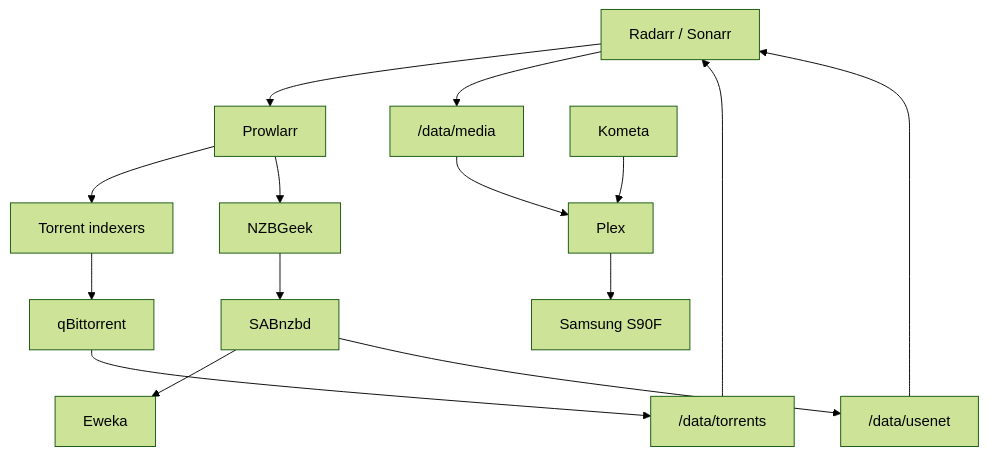
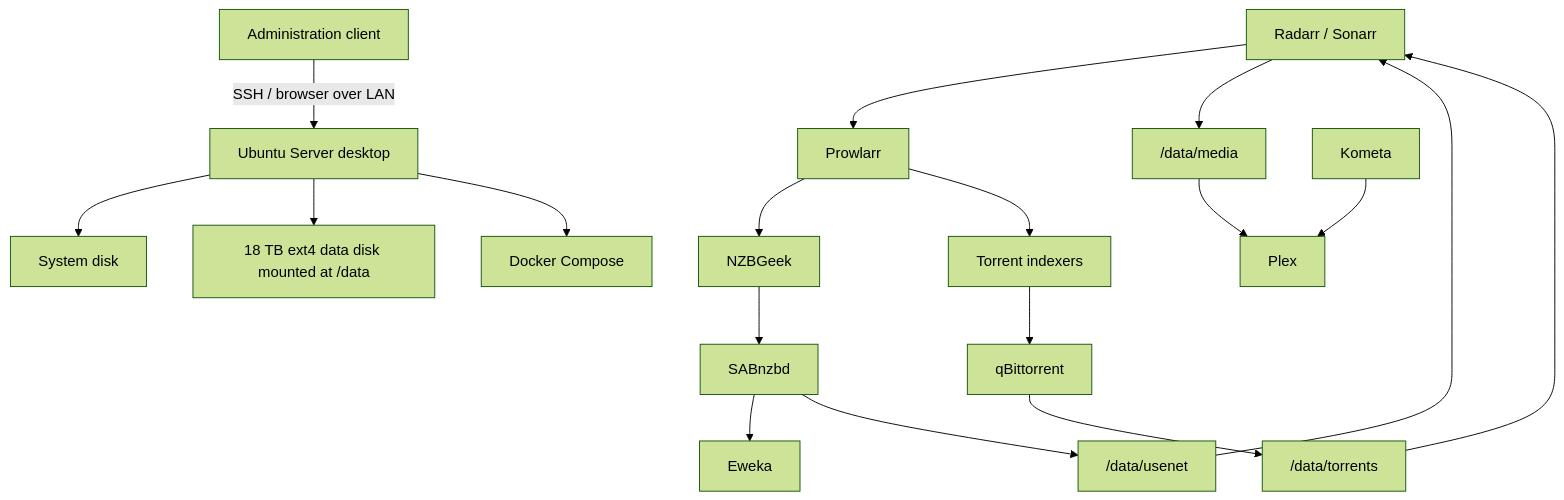
Before and after one commit to Az1mutt/homelab-infrastructure: the diagram in docs/architecture.md, drawn with Mermaid (forest theme). The commit also changed other lines of this file, not shown here.

Commit message:
Update architecture for operational desktop host

````diff
--- a/docs/architecture.md
+++ b/docs/architecture.md
@@ -7,17 +7,23 @@
 ```mermaid
 flowchart TD
+    Admin["Administration client"] -->|"SSH / browser over LAN"| Server["Ubuntu Server desktop"]
+    Server --> SystemDisk["System disk"]
+    Server --> DataDisk["18 TB ext4 data disk mounted at /data"]
+    Server --> Docker["Docker Compose"]
+
     ARR["Radarr / Sonarr"] --> Prowlarr
-    Prowlarr --> TorrentIndexers["Torrent indexers"]
-    TorrentIndexers --> qBittorrent
-    qBittorrent --> TorrentPaths["/data/torrents"]
     Prowlarr --> NZB["NZBGeek"]
     NZB --> SABnzbd
     SABnzbd --> Eweka
     SABnzbd --> UsenetPaths["/data/usenet"]
+
+    Prowlarr --> TorrentIndexers["Torrent indexers"]
+    TorrentIndexers --> qBittorrent
+    qBittorrent --> TorrentPaths["/data/torrents"]
+
+    UsenetPaths --> ARR
     TorrentPaths --> ARR
-    UsenetPaths --> ARR
     ARR --> Media["/data/media"]
     Media --> Plex
     Kometa --> Plex
-    Plex --> TV["Samsung S90F"]
 ```
````
